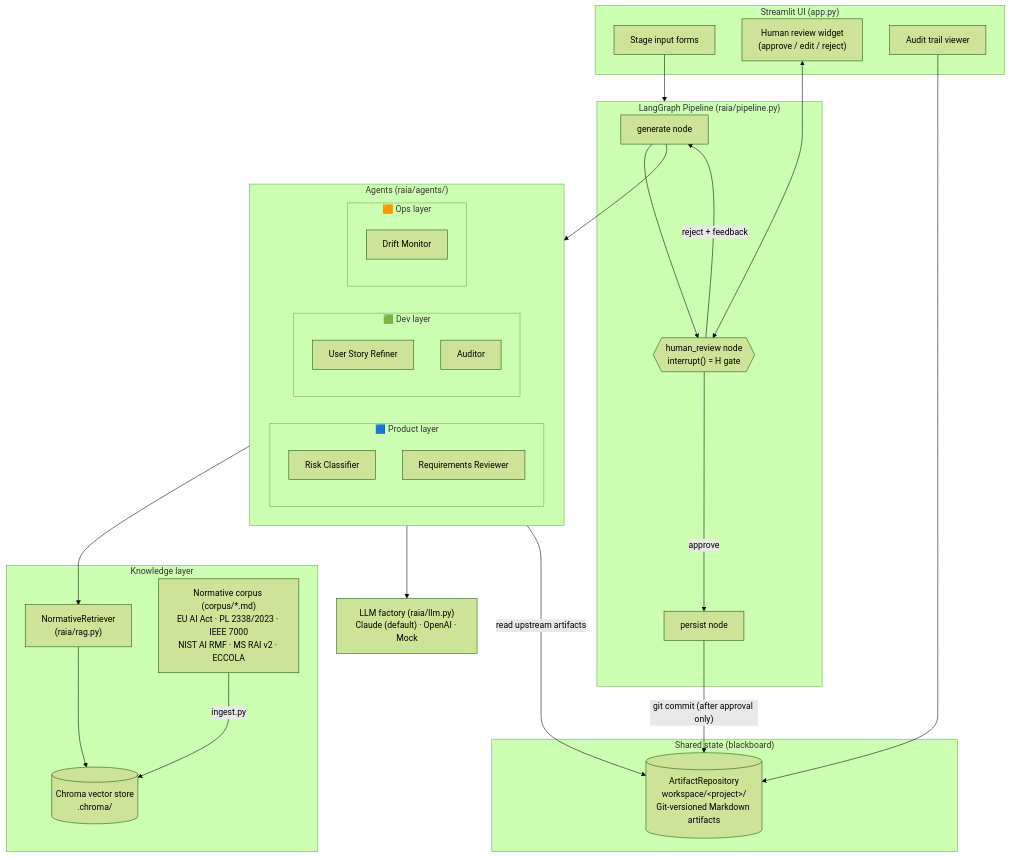
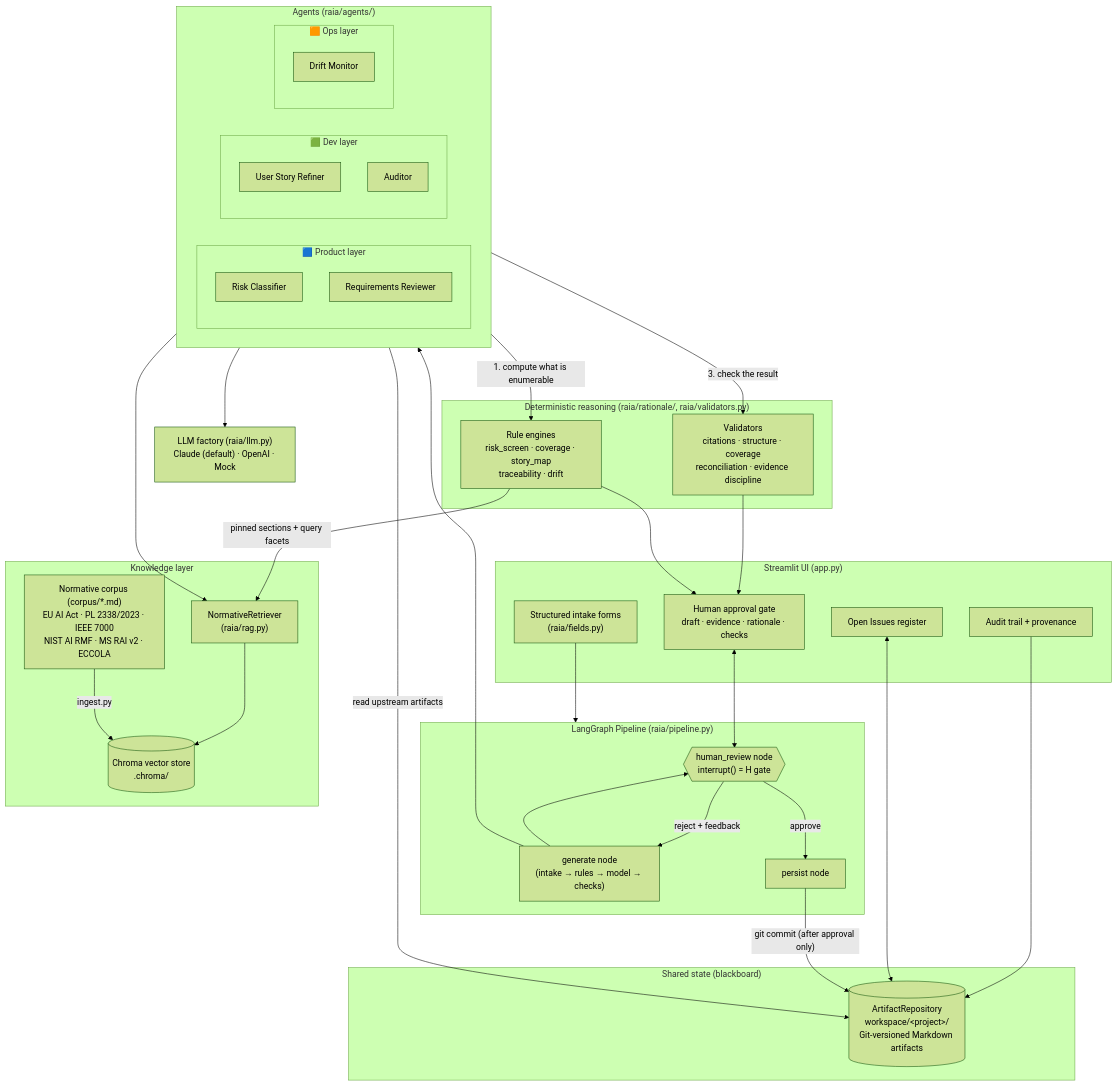
The first of 5 diagrams in docs/architecture.md (DiogoCampanha/raia), drawn with Mermaid (forest theme) before and after one commit. The commit also changed other lines of this file and 33 other files, not shown here.

````diff
--- a/docs/architecture.md
+++ b/docs/architecture.md
@@ -14,54 +14,66 @@
 ```mermaid
 flowchart TB
     subgraph UI["Streamlit UI (app.py)"]
-        FORM["Stage input forms"]
-        REVIEW["Human review widget<br/>(approve / edit / reject)"]
-        TRAIL["Audit trail viewer"]
+        FORM["Structured intake forms<br/>(raia/fields.py)"]
+        REVIEW["Human approval gate<br/>draft · evidence · rationale · checks"]
+        ISSUES["Open Issues register"]
+        TRAIL["Audit trail + provenance"]
     end
 
     subgraph PIPE["LangGraph Pipeline (raia/pipeline.py)"]
-        GEN["generate node"]
+        GEN["generate node<br/>(intake → rules → model → checks)"]
         HUM{{"human_review node<br/>interrupt() = H gate"}}
         PERS["persist node"]
         GEN --> HUM
         HUM -- approve --> PERS
         HUM -- reject + feedback --> GEN
     end
 
     subgraph AGENTS["Agents (raia/agents/)"]
         subgraph PROD["🟦 Product layer"]
             RC["Risk Classifier"]
             RR["Requirements Reviewer"]
         end
         subgraph DEV["🟩 Dev layer"]
             SR["User Story Refiner"]
             AU["Auditor"]
         end
         subgraph OPS["🟧 Ops layer"]
             DM["Drift Monitor"]
         end
     end
 
+    subgraph REASON["Deterministic reasoning (raia/rationale/, raia/validators.py)"]
+        ENG["Rule engines<br/>risk_screen · coverage · story_map<br/>traceability · drift"]
+        VAL["Validators<br/>citations · structure · coverage<br/>reconciliation · evidence discipline"]
+    end
+
     subgraph KNOW["Knowledge layer"]
         RAG["NormativeRetriever<br/>(raia/rag.py)"]
         CHROMA[("Chroma vector store<br/>.chroma/")]
         CORPUS["Normative corpus (corpus/*.md)<br/>EU AI Act · PL 2338/2023 · IEEE 7000<br/>NIST AI RMF · MS RAI v2 · ECCOLA"]
     end
 
     subgraph STATE["Shared state (blackboard)"]
         REPO[("ArtifactRepository<br/>workspace/&lt;project&gt;/<br/>Git-versioned Markdown artifacts")]
     end
 
     LLM["LLM factory (raia/llm.py)<br/>Claude (default) · OpenAI · Mock"]
 
     FORM --> PIPE
     REVIEW <--> HUM
     TRAIL --> REPO
+    ISSUES <--> REPO
     GEN --> AGENTS
+    AGENTS -- "1. compute what is enumerable" --> ENG
+    ENG -- "pinned sections + query facets" --> RAG
+    AGENTS -- "3. check the result" --> VAL
+    VAL --> REVIEW
+    ENG --> REVIEW
     AGENTS --> RAG
     RAG --> CHROMA
     CORPUS -- "ingest.py" --> CHROMA
     AGENTS --> LLM
     AGENTS -- "read upstream artifacts" --> REPO
     PERS -- "git commit (after approval only)" --> REPO
 ```
````
